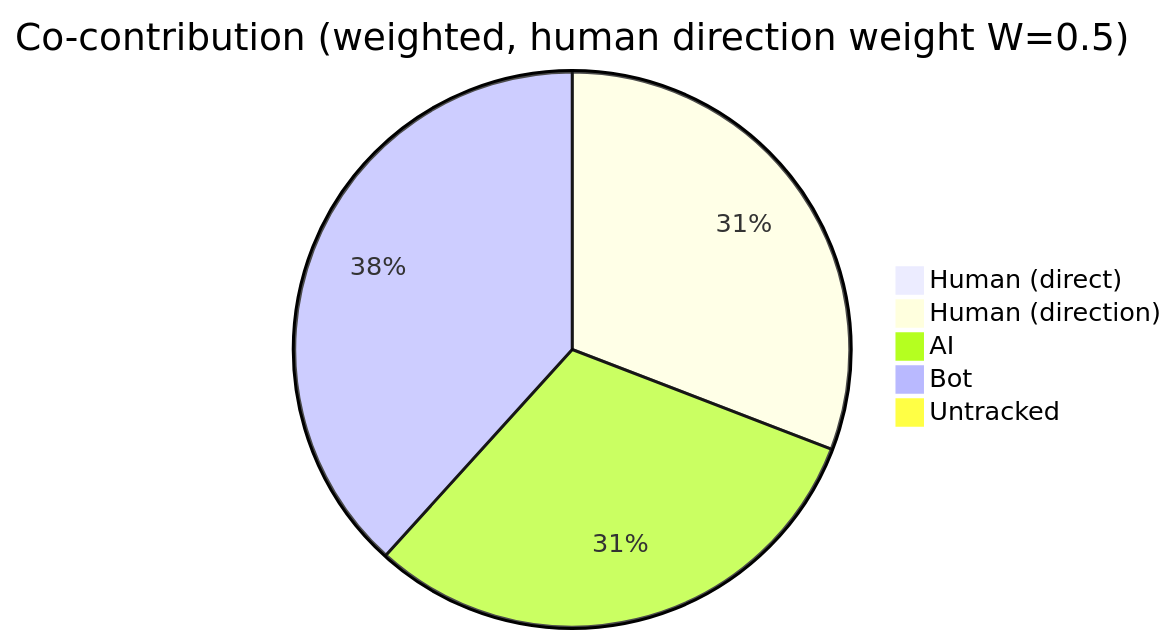
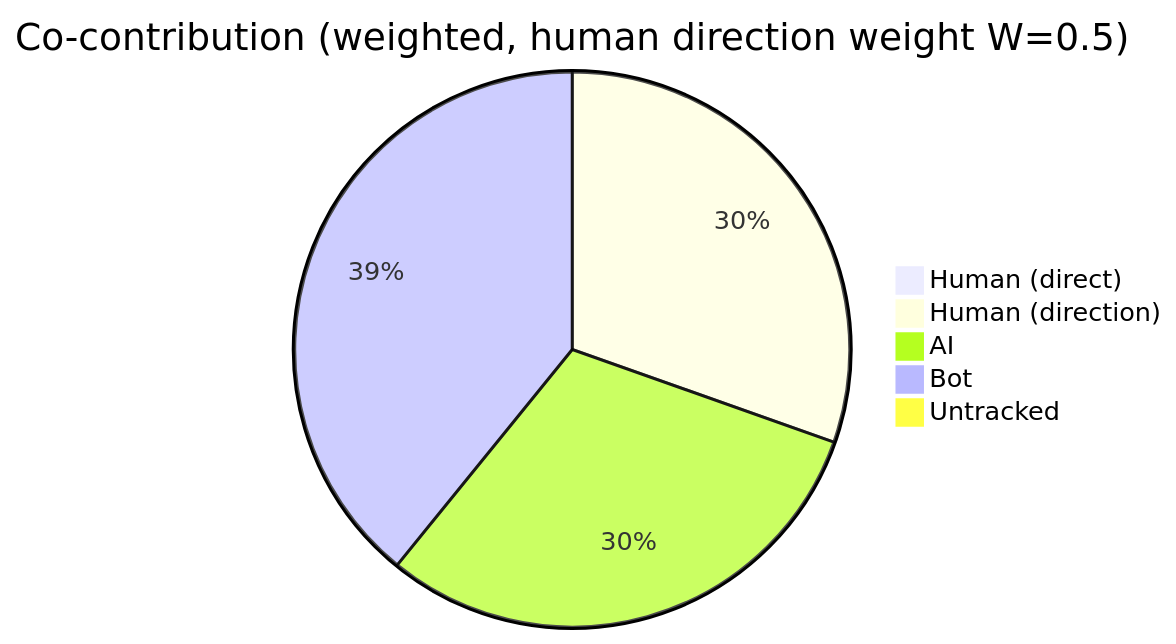
The first of 4 diagrams in AI-AUTHORSHIP.md (CaliMark/ai-authorship), drawn with Mermaid before and after one commit. The commit also changed other lines of this file and 1 other file, not shown here.

````diff
--- a/AI-AUTHORSHIP.md
+++ b/AI-AUTHORSHIP.md
@@ -23,8 +23,8 @@
 ```mermaid
 pie title Co-contribution (weighted, human direction weight W=0.5)
     "Human (direct)" : 0
     "Human (direction)" : 1460
     "AI" : 1461
-    "Bot" : 1812
+    "Bot" : 1879
     "Untracked" : 0
 ```
````
